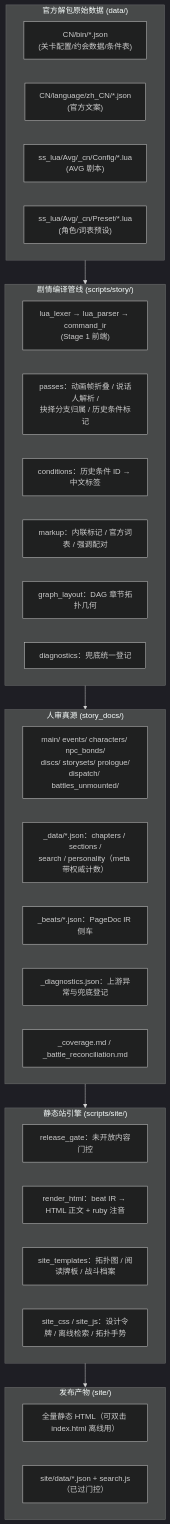
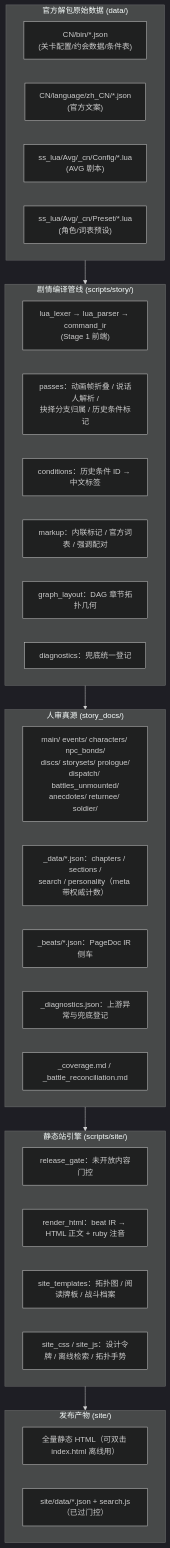
The diagram in _dev/OPERATION_MANUAL.md (419bw/stellasora-archive), drawn with Mermaid (dark theme) before and after one commit. The commit also changed 1 other file, not shown here.

Commit message:
docs(_dev): 手册补记逸闻笔记/回归剧情/尖兵陷阵三族与表驱动页机制
- 7.4 补三族挂载源与产物目录，新增「表驱动页」判据说明与统一纪律（第三族出现时收编进注册表，不再加硬判）
- 7.6 登记尖兵局内随机事件五表议定不纳入及理由
- 7.7 产物目录树补 anecdotes/returnee/soldier 三行
- 8.3 补 validate_site 表驱动页对账描述
- 九 修订记录补 2026-10-17（逸闻笔记）与 2026-10-21（回归/尖兵）两条
- 修正目录（TOC）与正文的多处漂移：2.x 幽灵条目、7.x 旧标题、九/十顺序
- 运维手册架构图 story_docs 节点补三个新目录

````diff
--- a/_dev/OPERATION_MANUAL.md
+++ b/_dev/OPERATION_MANUAL.md
@@ -39,43 +39,43 @@
 ```mermaid
 flowchart TD
     subgraph DataSources["官方解包原始数据 (data/)"]
         A1["CN/bin/*.json<br/>(关卡配置/约会数据/条件表)"]
         A2["CN/language/zh_CN/*.json<br/>(官方文案)"]
         A3["ss_lua/Avg/_cn/Config/*.lua<br/>(AVG 剧本)"]
         A4["ss_lua/Avg/_cn/Preset/*.lua<br/>(角色/词表预设)"]
     end
 
     subgraph StoryPipeline["剧情编译管线 (scripts/story/)"]
         B1["lua_lexer → lua_parser → command_ir<br/>(Stage 1 前端)"]
         B2["passes：动画帧折叠 / 说话人解析 /<br/>抉择分支归属 / 历史条件标记"]
         B3["conditions：历史条件 ID → 中文标签"]
         B4["markup：内联标记 / 官方词表 / 强调配对"]
         B5["graph_layout：DAG 章节拓扑几何"]
         B6["diagnostics：兜底统一登记"]
     end
 
     subgraph StoryDocs["人审真源 (story_docs/)"]
-        C1["main/ events/ characters/ npc_bonds/<br/>discs/ storysets/ prologue/<br/>dispatch/ battles_unmounted/"]
+        C1["main/ events/ characters/ npc_bonds/<br/>discs/ storysets/ prologue/<br/>dispatch/ battles_unmounted/<br/>anecdotes/ returnee/ soldier/"]
         C2["_data/*.json：chapters / sections /<br/>search / personality（meta 带权威计数）"]
         C3["_beats/*.json：PageDoc IR 侧车"]
         C4["_diagnostics.json：上游异常与兜底登记"]
         C5["_coverage.md / _battle_reconciliation.md"]
     end
 
     subgraph SitePipeline["静态站引擎 (scripts/site/)"]
         D1["release_gate：未开放内容门控"]
         D2["render_html：beat IR → HTML 正文 + ruby 注音"]
         D3["site_templates：拓扑图 / 阅读牌板 / 战斗档案"]
         D4["site_css / site_js：设计令牌 / 离线检索 / 拓扑手势"]
     end
 
     subgraph Output["发布产物 (site/)"]
         E1["全量静态 HTML（可双击 index.html 离线用）"]
         E2["site/data/*.json + search.js（已过门控）"]
     end
 
     DataSources --> StoryPipeline
     StoryPipeline --> StoryDocs
     StoryDocs --> SitePipeline
     SitePipeline --> Output
 ```
````
